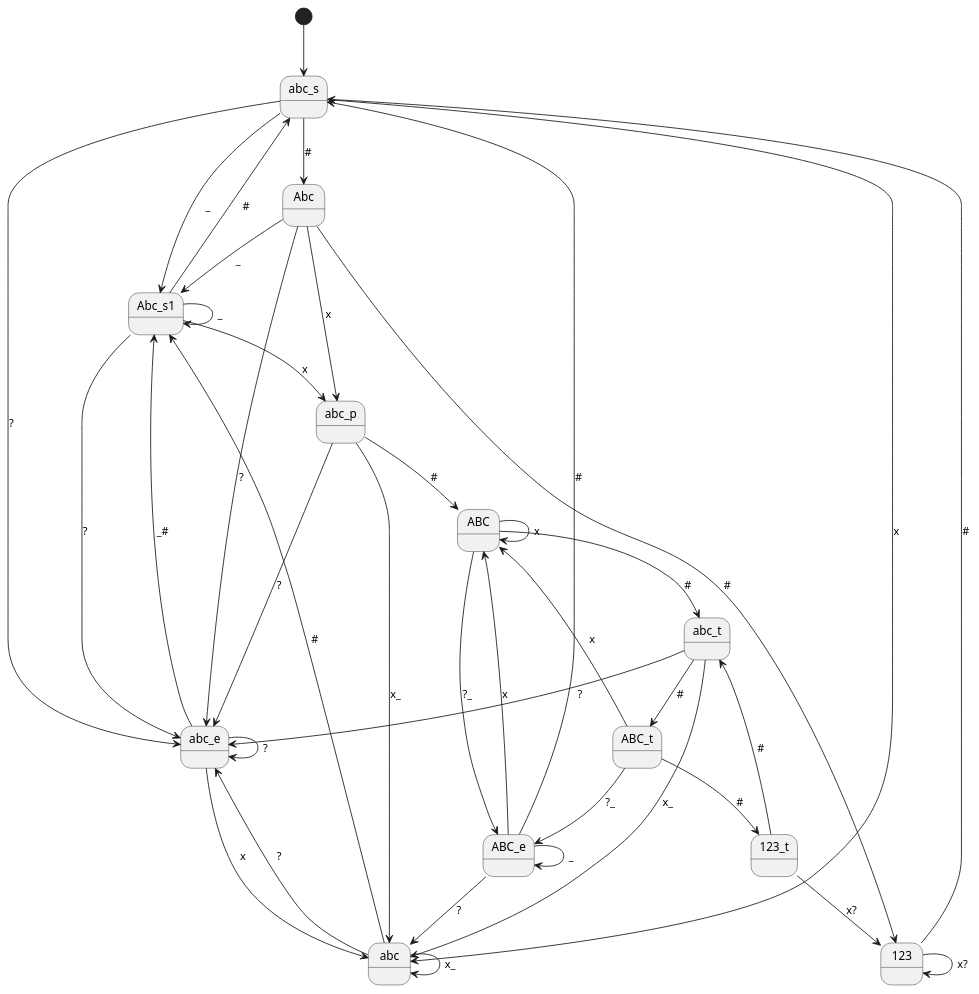
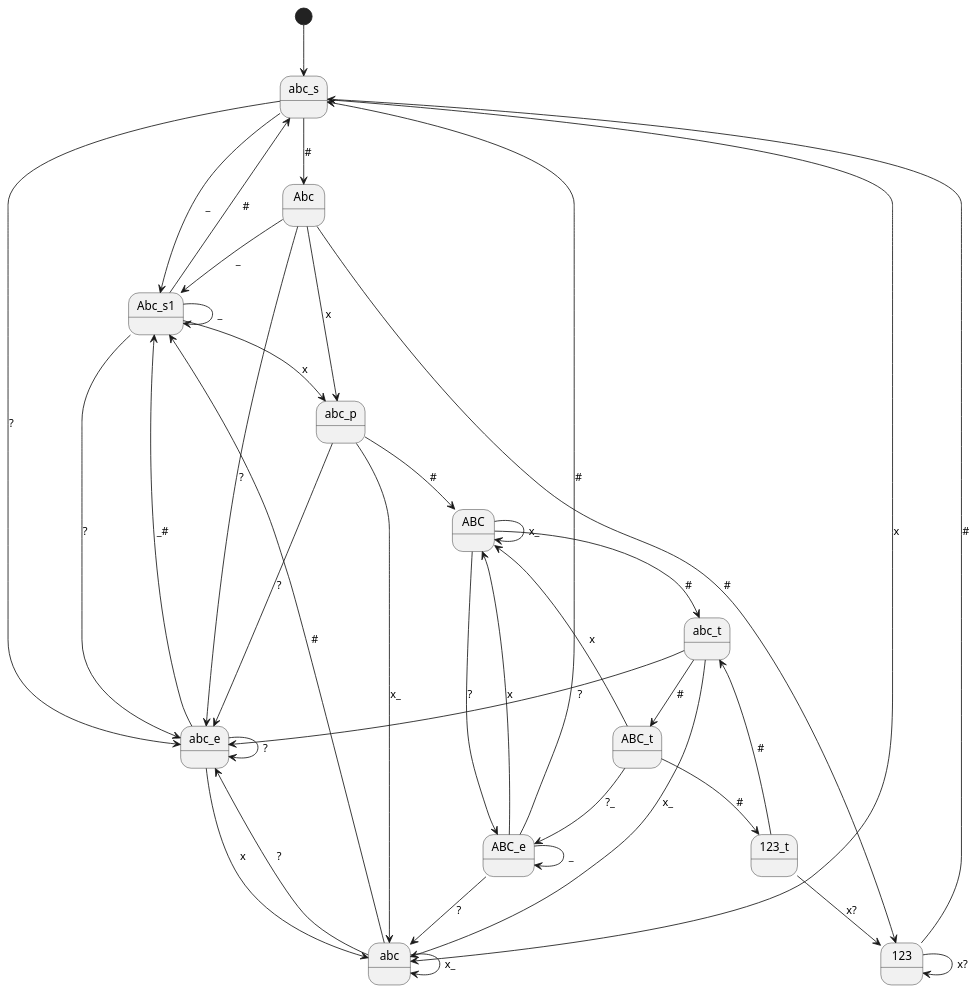
The diagram in lib/logic/tools/crypto_and_encodings/vanity/siemens_a65.puml (S-Man42/GCWizard), drawn with PlantUML before and after one commit. The commit also changed 5 other files, not shown here.

```diff
--- a/lib/logic/tools/crypto_and_encodings/vanity/siemens_a65.puml
+++ b/lib/logic/tools/crypto_and_encodings/vanity/siemens_a65.puml
@@ -1,56 +1,56 @@
 @startuml
 'https://plantuml.com/state-diagram
 [*] --> abc_s
 
 Abc_s1 --> Abc_s1: _
 Abc_s1 --> abc_s: #
 Abc_s1 --> abc_p: x
 Abc_s1 --> abc_e: ?
 
 abc_s --> abc: x
 abc_s --> Abc: #
 abc_s --> Abc_s1: _
 abc_s --> abc_e: ?
 
 Abc --> abc_p: x
 Abc --> 123: #
 Abc --> Abc_s1: _
 Abc --> abc_e: ?
 
 '_ not possible
 123 --> 123: x?
 123 --> abc_s: #
 
 abc_p --> ABC: #
 abc_p --> abc: x_
 abc_p --> abc_e: ?
 
-ABC --> ABC: x
-ABC --> ABC_e: ?_
+ABC --> ABC: x_
+ABC --> ABC_e: ?
 ABC --> abc_t: #
 
 abc_t --> abc: x_
 abc_t --> ABC_t: #
 abc_t --> abc_e: ?
 
 ABC_t --> 123_t: #
 ABC_t --> ABC: x
 ABC_t --> ABC_e: ?_
 
 '_ not possible
 123_t --> 123: x?
 123_t --> abc_t: #
 
 abc --> abc: x_
 abc --> Abc_s1: #
 abc --> abc_e: ?
 
 ABC_e --> ABC: x
 ABC_e --> ABC_e: _
 ABC_e --> abc_s: #
 ABC_e --> abc: ?
 
 abc_e --> Abc_s1: _#
 abc_e --> abc_e: ?
 abc_e --> abc: x
 @enduml
```
